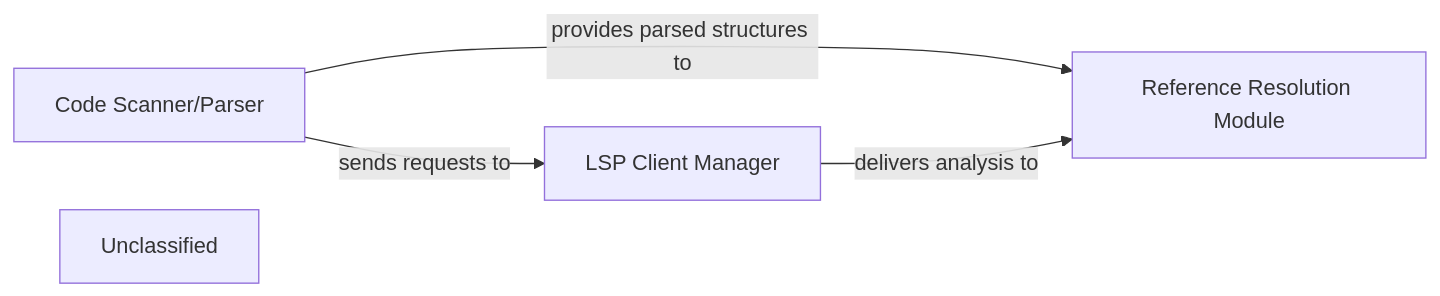
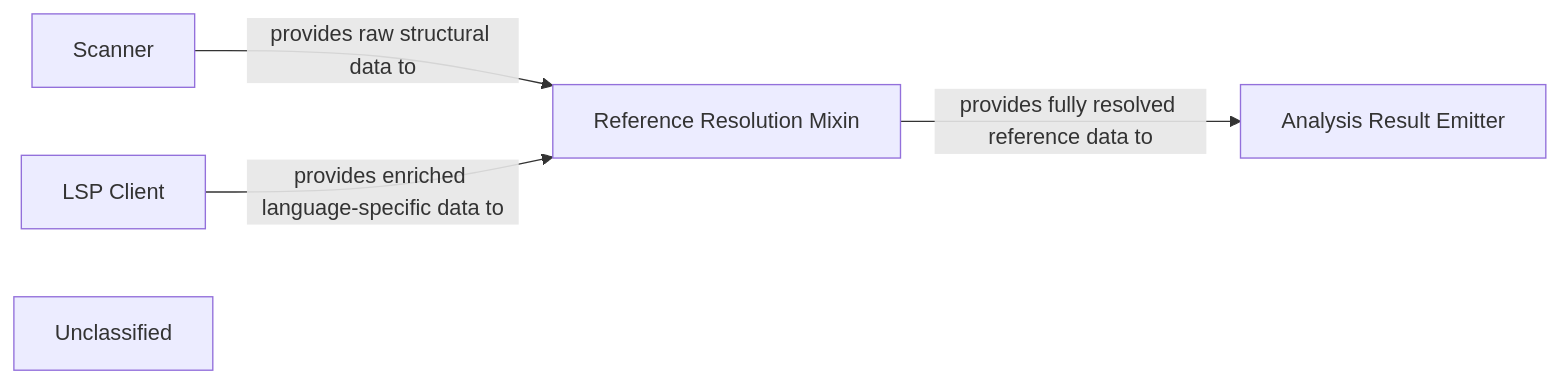
Before and after one commit to mariyam866/CodeBoarding: the diagram in .codeboarding/Static_Analysis_Engine.md, drawn with Mermaid. The commit also changed other lines of this file and 12 other files, not shown here.

First line of the commit message:
docs: update codeboarding documentation and generate architecture

````diff
--- a/.codeboarding/Static_Analysis_Engine.md
+++ b/.codeboarding/Static_Analysis_Engine.md
@@ -1,10 +1,11 @@
 ```mermaid
 graph LR
-    Code_Scanner_Parser["Code Scanner/Parser"]
-    LSP_Client_Manager["LSP Client Manager"]
-    Reference_Resolution_Module["Reference Resolution Module"]
+    Scanner["Scanner"]
+    LSP_Client["LSP Client"]
+    Reference_Resolution_Mixin["Reference Resolution Mixin"]
+    Analysis_Result_Emitter["Analysis Result Emitter"]
     Unclassified["Unclassified"]
-    Code_Scanner_Parser -- "sends requests to" --> LSP_Client_Manager
-    Code_Scanner_Parser -- "provides parsed structures to" --> Reference_Resolution_Module
-    LSP_Client_Manager -- "delivers analysis to" --> Reference_Resolution_Module
+    Scanner -- "provides raw structural data to" --> Reference_Resolution_Mixin
+    LSP_Client -- "provides enriched language-specific data to" --> Reference_Resolution_Mixin
+    Reference_Resolution_Mixin -- "provides fully resolved reference data to" --> Analysis_Result_Emitter
 ```
````
